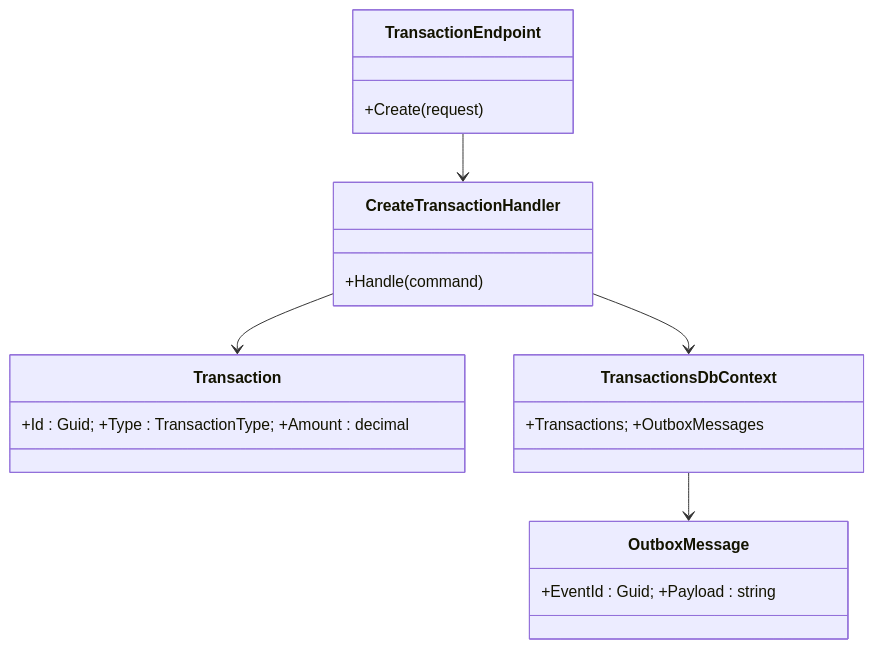
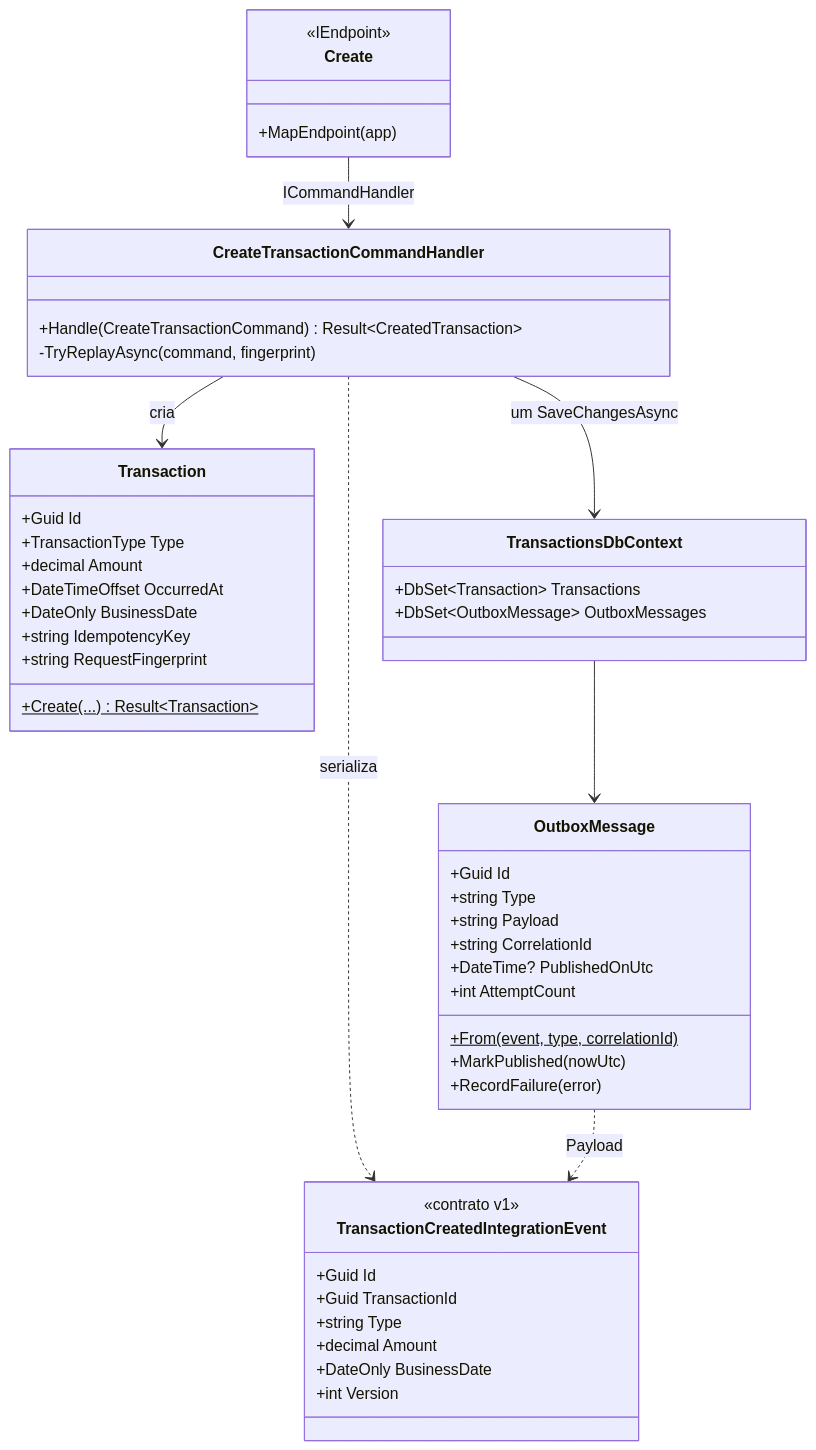
The fourth of 6 diagrams in docs/diagrams/architecture.md (fabiofeti/desafio-keyrus), drawn with Mermaid before and after one commit. The commit also changed other lines of this file and 14 other files, not shown here.

First line of the commit message:
Contratos a partir do código e diagramas redesenhados

````diff
--- a/docs/diagrams/architecture.md
+++ b/docs/diagrams/architecture.md
@@ -55,12 +73,51 @@
 ```mermaid
 classDiagram
-  class TransactionEndpoint { +Create(request) }
-  class CreateTransactionHandler { +Handle(command) }
-  class Transaction { +Id : Guid; +Type : TransactionType; +Amount : decimal }
-  class TransactionsDbContext { +Transactions; +OutboxMessages }
-  class OutboxMessage { +EventId : Guid; +Payload : string }
-  TransactionEndpoint --> CreateTransactionHandler
-  CreateTransactionHandler --> Transaction
-  CreateTransactionHandler --> TransactionsDbContext
+  class Create {
+    <<IEndpoint>>
+    +MapEndpoint(app)
+  }
+  class CreateTransactionCommandHandler {
+    +Handle(CreateTransactionCommand) Result~CreatedTransaction~
+    -TryReplayAsync(command, fingerprint)
+  }
+  class Transaction {
+    +Guid Id
+    +TransactionType Type
+    +decimal Amount
+    +DateTimeOffset OccurredAt
+    +DateOnly BusinessDate
+    +string IdempotencyKey
+    +string RequestFingerprint
+    +Create(...)$ Result~Transaction~
+  }
+  class OutboxMessage {
+    +Guid Id
+    +string Type
+    +string Payload
+    +string CorrelationId
+    +DateTime? PublishedOnUtc
+    +int AttemptCount
+    +From(event, type, correlationId)$
+    +MarkPublished(nowUtc)
+    +RecordFailure(error)
+  }
+  class TransactionCreatedIntegrationEvent {
+    <<contrato v1>>
+    +Guid Id
+    +Guid TransactionId
+    +string Type
+    +decimal Amount
+    +DateOnly BusinessDate
+    +int Version
+  }
+  class TransactionsDbContext {
+    +DbSet~Transaction~ Transactions
+    +DbSet~OutboxMessage~ OutboxMessages
+  }
+  Create --> CreateTransactionCommandHandler : ICommandHandler
+  CreateTransactionCommandHandler --> Transaction : cria
+  CreateTransactionCommandHandler --> TransactionsDbContext : um SaveChangesAsync
+  CreateTransactionCommandHandler ..> TransactionCreatedIntegrationEvent : serializa
   TransactionsDbContext --> OutboxMessage
+  OutboxMessage ..> TransactionCreatedIntegrationEvent : Payload
 ```
````
